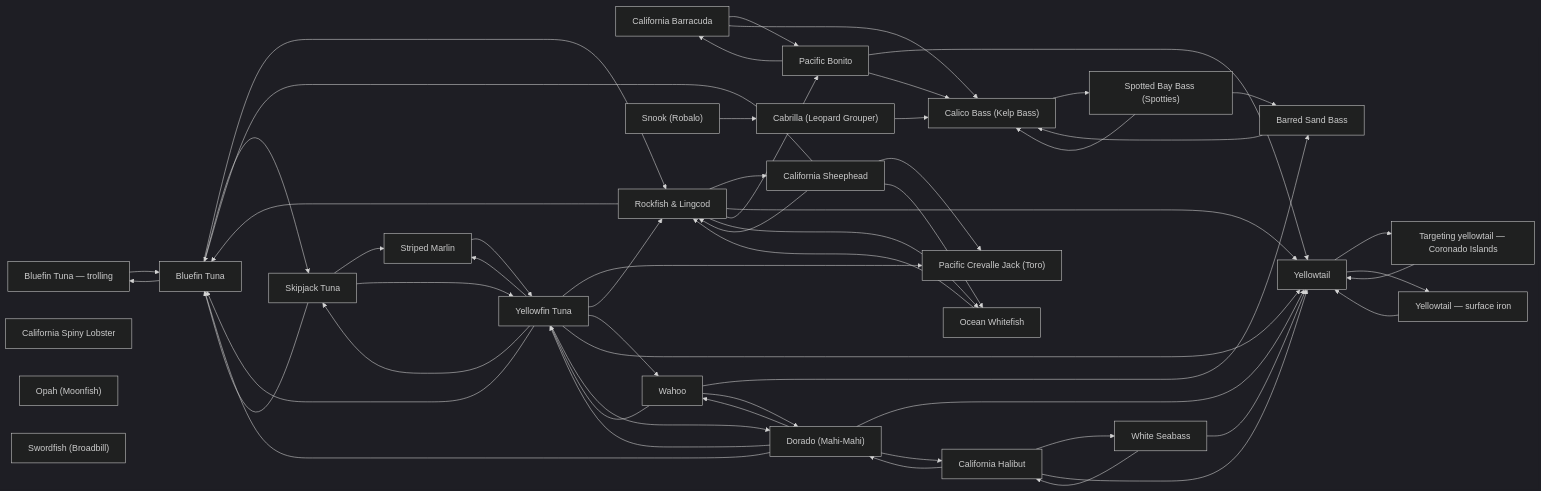
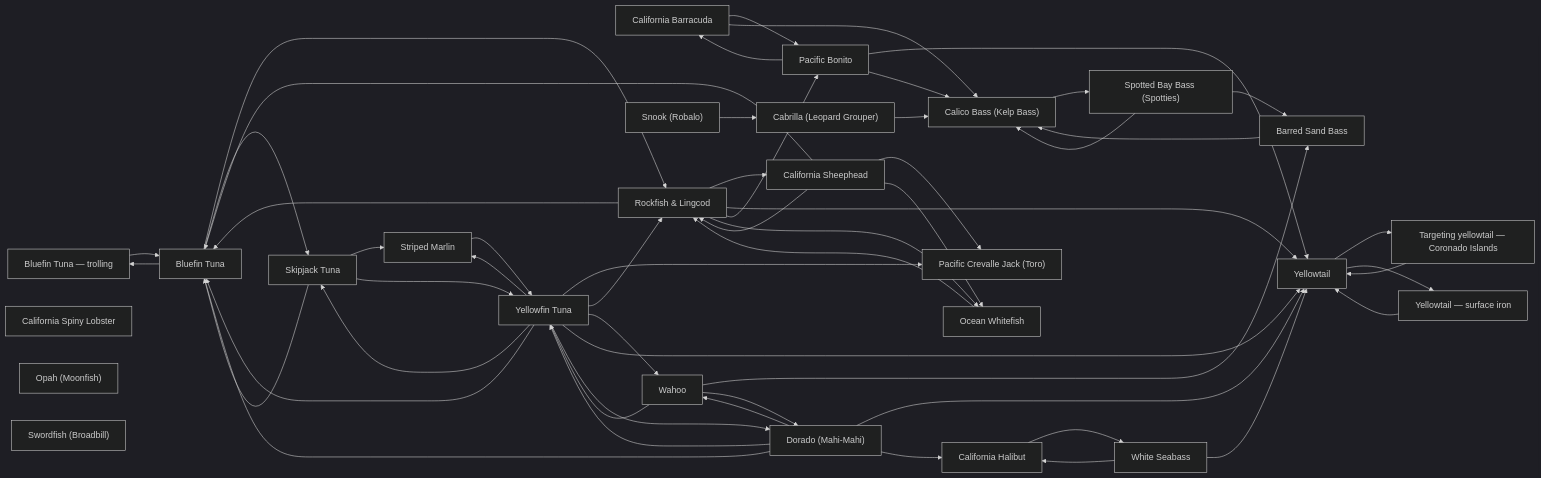
One commit to camchuckpete-max/Socal-Fishing-Knowledge changed the diagram in species/README.md. Above: the diagram before and after it, drawn with Mermaid (dark theme). The commit also changed other lines of this file and 18 other files, not shown here.

```diff
--- a/species/README.md
+++ b/species/README.md
@@ -113,8 +113,6 @@
   n4 --> n5
   n5 --> n17
   n6 --> n21
-  n6 --> n25
-  n6 --> n8
   n8 --> n2
   n8 --> n20
   n8 --> n22
```
